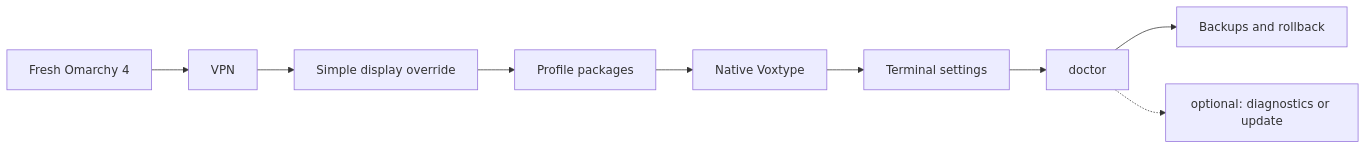
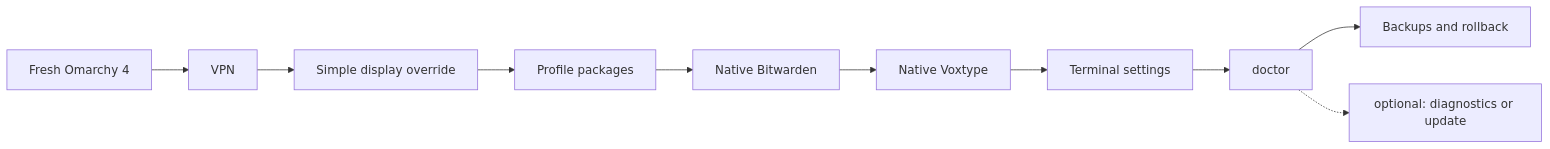
One commit to shubinlab/zenbook-omarchy changed the diagram in wiki/README.md. Above: the diagram before and after it, drawn with Mermaid. The commit also changed 5 other files, not shown here.

Commit message:
Document native Bitwarden clean-install stage

````diff
--- a/wiki/README.md
+++ b/wiki/README.md
@@ -31,11 +31,12 @@
 ```mermaid
 flowchart LR
   A[Fresh Omarchy 4] --> B[VPN]
   B --> C[Simple display override]
   C --> D[Profile packages]
-  D --> E[Native Voxtype]
-  E --> F[Terminal settings]
-  F --> G[doctor]
-  G --> H[Backups and rollback]
-  G -.-> I[optional: diagnostics or update]
+  D --> E[Native Bitwarden]
+  E --> F[Native Voxtype]
+  F --> G[Terminal settings]
+  G --> H[doctor]
+  H --> I[Backups and rollback]
+  H -.-> J[optional: diagnostics or update]
 ```
````
